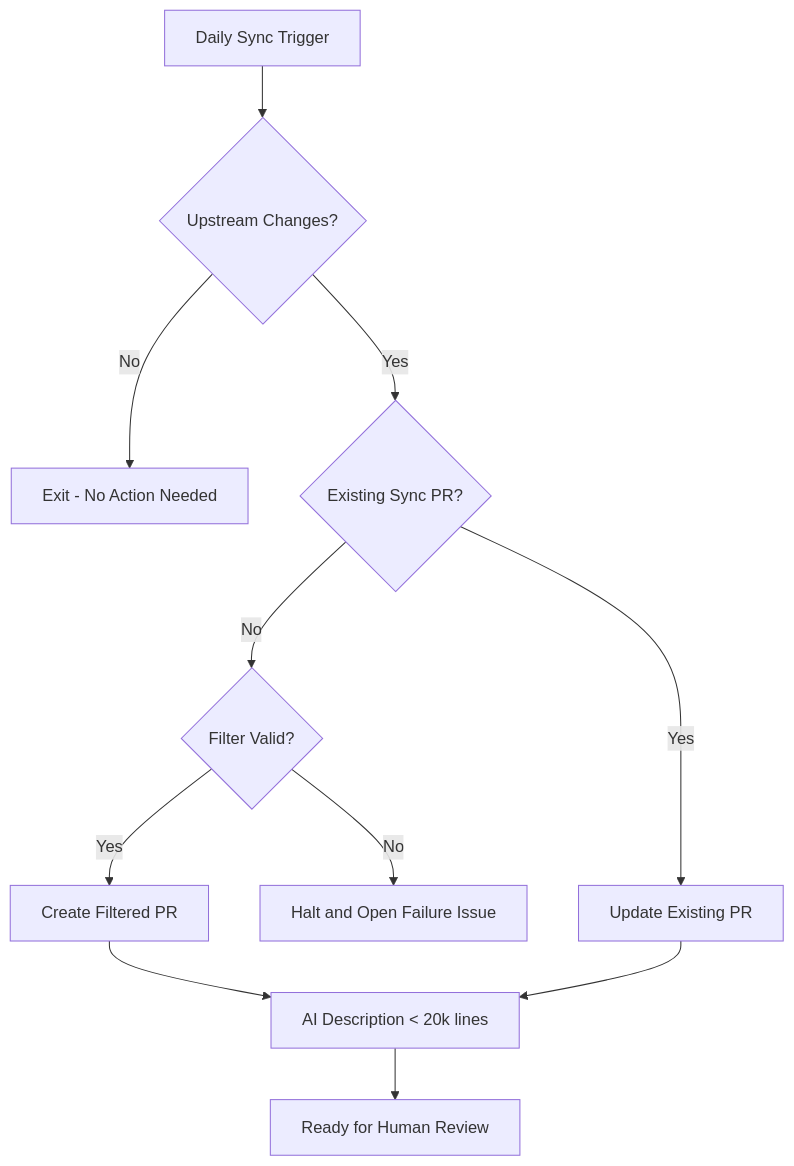
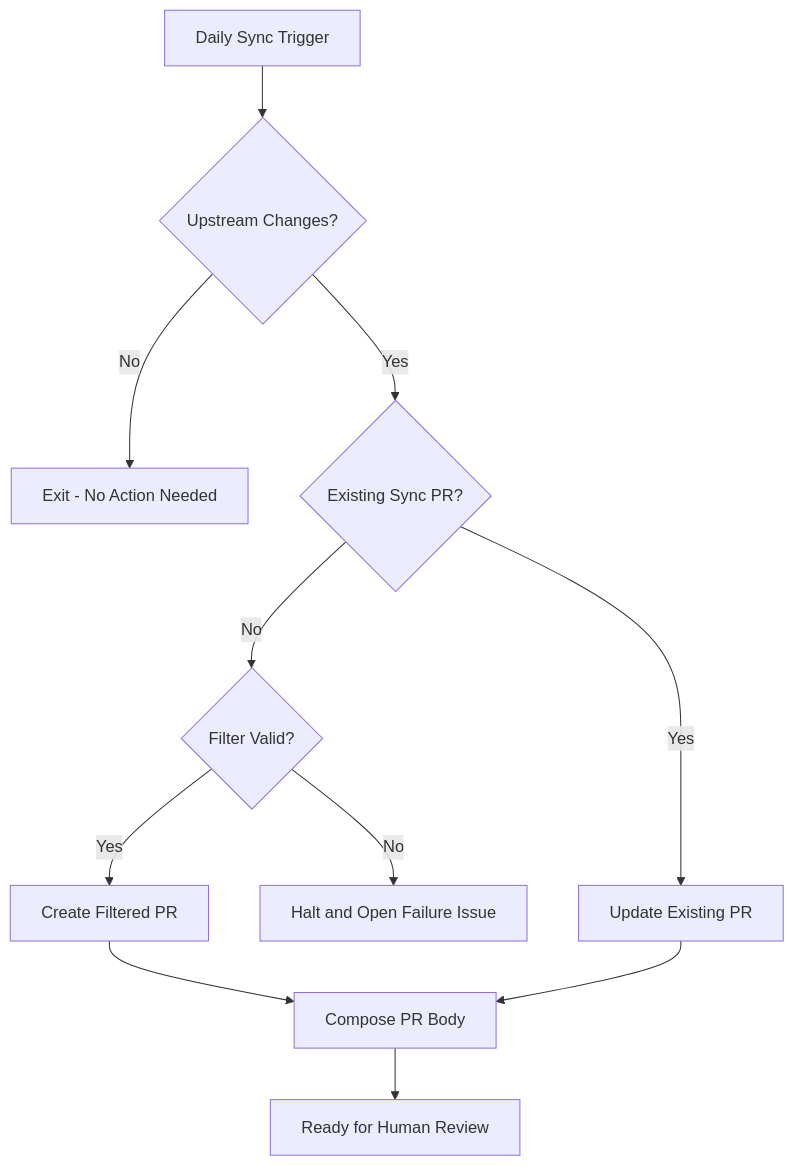
Before and after one commit to Azure/osdu-spi: the diagram in doc/src/workflows/synchronization.md, drawn with Mermaid. The commit also changed other lines of this file and 26 other files, not shown here.

````diff
--- a/doc/src/workflows/synchronization.md
+++ b/doc/src/workflows/synchronization.md
@@ -62,13 +62,13 @@
 ```mermaid
 flowchart TD
     A[Daily Sync Trigger] --> B{Upstream Changes?}
     B -->|No| C[Exit - No Action Needed]
     B -->|Yes| D{Existing Sync PR?}
     D -->|No| E{Filter Valid?}
     D -->|Yes| F[Update Existing PR]
     E -->|Yes| G[Create Filtered PR]
     E -->|No| H[Halt and Open Failure Issue]
-    G --> I[AI Description < 20k lines]
+    G --> I[Compose PR Body]
     F --> I
     I --> J[Ready for Human Review]
 ```
````
